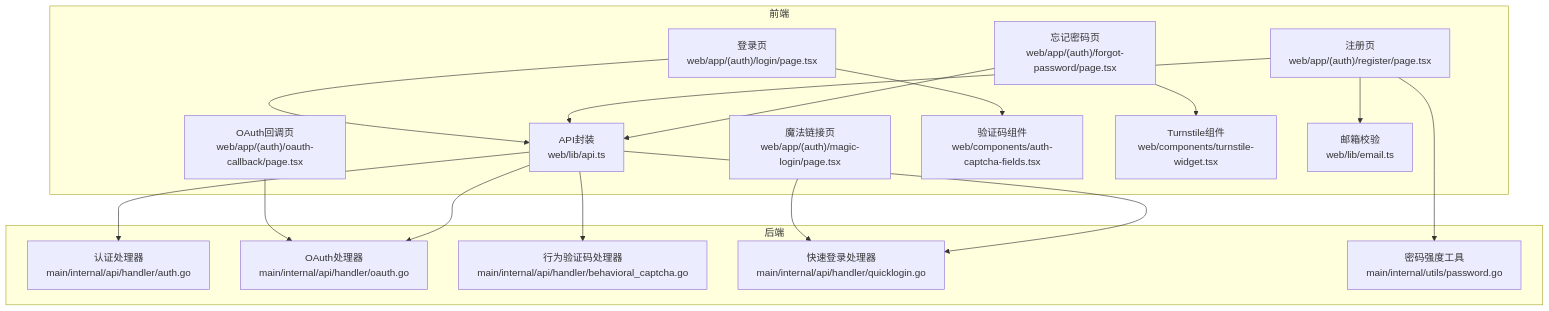
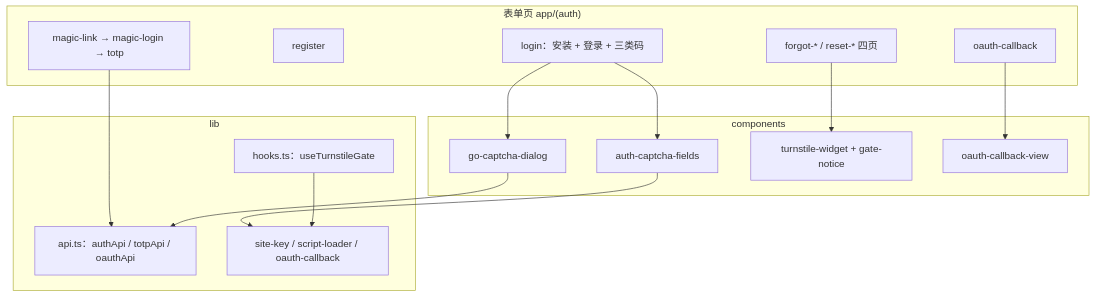
One commit to x01n/dnsplane changed the first of 6 diagrams in docs/前端开发指南/表单验证与认证.md. Above: the diagram before and after it, drawn with Mermaid. The commit also changed other lines of this file and 326 other files, not shown here.

````diff
--- a/docs/前端开发指南/表单验证与认证.md
+++ b/docs/前端开发指南/表单验证与认证.md
@@ -46,34 +59,29 @@
 ```mermaid
 graph TB
-subgraph "前端"
-L["登录页<br/>web/app/(auth)/login/page.tsx"]
-R["注册页<br/>web/app/(auth)/register/page.tsx"]
-FP["忘记密码页<br/>web/app/(auth)/forgot-password/page.tsx"]
-ML["魔法链接页<br/>web/app/(auth)/magic-login/page.tsx"]
-OC["OAuth回调页<br/>web/app/(auth)/oauth-callback/page.tsx"]
-API["API封装<br/>web/lib/api.ts"]
-CAP["验证码组件<br/>web/components/auth-captcha-fields.tsx"]
-TURN["Turnstile组件<br/>web/components/turnstile-widget.tsx"]
-EMAIL["邮箱校验<br/>web/lib/email.ts"]
+subgraph P["表单页 app/(auth)"]
+LOGIN["login：安装 + 登录 + 三类码"]
+REG["register"]
+FLOW["forgot-* / reset-* 四页"]
+ML["magic-link → magic-login → totp"]
+OC["oauth-callback"]
 end
-subgraph "后端"
-AUTH["认证处理器<br/>main/internal/api/handler/auth.go"]
-OAUTH["OAuth处理器<br/>main/internal/api/handler/oauth.go"]
-BEC["行为验证码处理器<br/>main/internal/api/handler/behavioral_captcha.go"]
-QL["快速登录处理器<br/>main/internal/api/handler/quicklogin.go"]
-PWD["密码强度工具<br/>main/internal/utils/password.go"]
+subgraph C["components"]
+ACF["auth-captcha-fields"]
+GCD["go-captcha-dialog"]
+TW["turnstile-widget + gate-notice"]
+OCV["oauth-callback-view"]
 end
-L --> API
-R --> API
-FP --> API
-ML --> QL
-OC --> OAUTH
-L --> CAP
-FP --> TURN
-R --> EMAIL
-API --> AUTH
-API --> OAUTH
-API --> BEC
-API --> QL
-R --> PWD
+subgraph L["lib"]
+API["api.ts：authApi / totpApi / oauthApi"]
+HK["hooks.ts：useTurnstileGate"]
+SK["site-key / script-loader / oauth-callback"]
+end
+LOGIN --> ACF
+LOGIN --> GCD
+FLOW --> TW
+ML --> API
+OC --> OCV
+ACF --> SK
+GCD --> API
+HK --> SK
 ```
````
